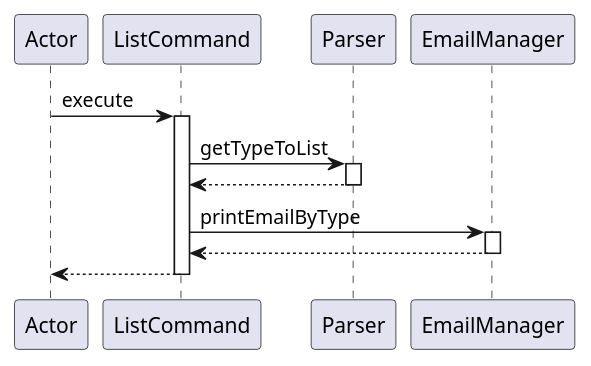
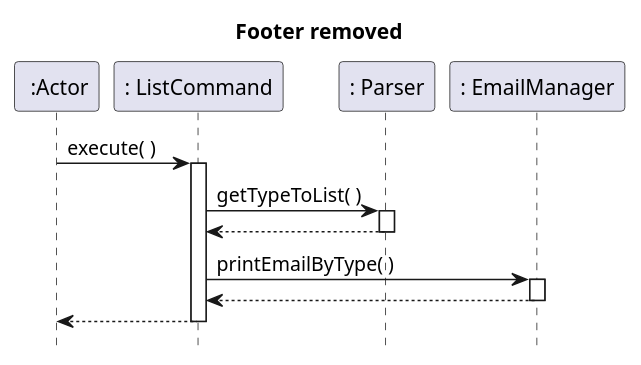
One commit to yanli1215/tp changed the diagram in docs/Sequence Diagrams/ListCommand.puml. Above: the diagram before and after it, drawn with PlantUML. The commit also changed 1 other file, not shown here.

Commit message:
Update mistakes in sequence Diagrams

```diff
--- a/docs/Sequence Diagrams/ListCommand.puml
+++ b/docs/Sequence Diagrams/ListCommand.puml
@@ -1,22 +1,26 @@
 @startuml
-participant Actor
+participant " :Actor"
 
-Actor -> ListCommand : execute
-activate ListCommand
+hide footbox
+title Footer removed
 
-ListCommand -> Parser : getTypeToList
-activate Parser
+" :Actor" -> ": ListCommand" : execute( )
+activate ": ListCommand"
 
-Parser --> ListCommand
-deactivate Parser
 
-ListCommand -> EmailManager : printEmailByType
-activate EmailManager
+": ListCommand" -> ": Parser" : getTypeToList( )
+activate ": Parser"
 
-EmailManager --> ListCommand
-deactivate EmailManager
+": Parser" --> ": ListCommand"
+deactivate ": Parser"
+
+": ListCommand" -> ": EmailManager" : printEmailByType( )
+activate ": EmailManager"
+
+": EmailManager" --> ": ListCommand"
+deactivate ": EmailManager"
 
 
 
 return
 @enduml
```
